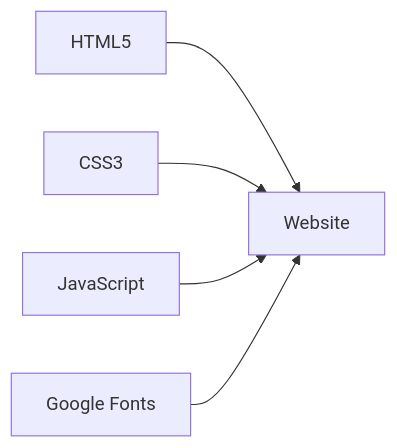
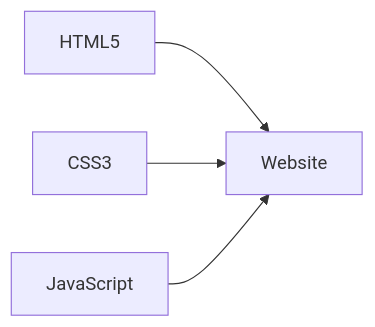
One commit to evonshahriar/evonshahriar.github.io changed the diagram in README.md. Above: the diagram before and after it, drawn with Mermaid. The commit also changed other lines of this file, not shown here.

````diff
--- a/README.md
+++ b/README.md
@@ -34,7 +33,6 @@
 ```mermaid
 graph LR
     A[HTML5] --> D[Website]
     B[CSS3] --> D
     C[JavaScript] --> D
-    E[Google Fonts] --> D
 ```
````
